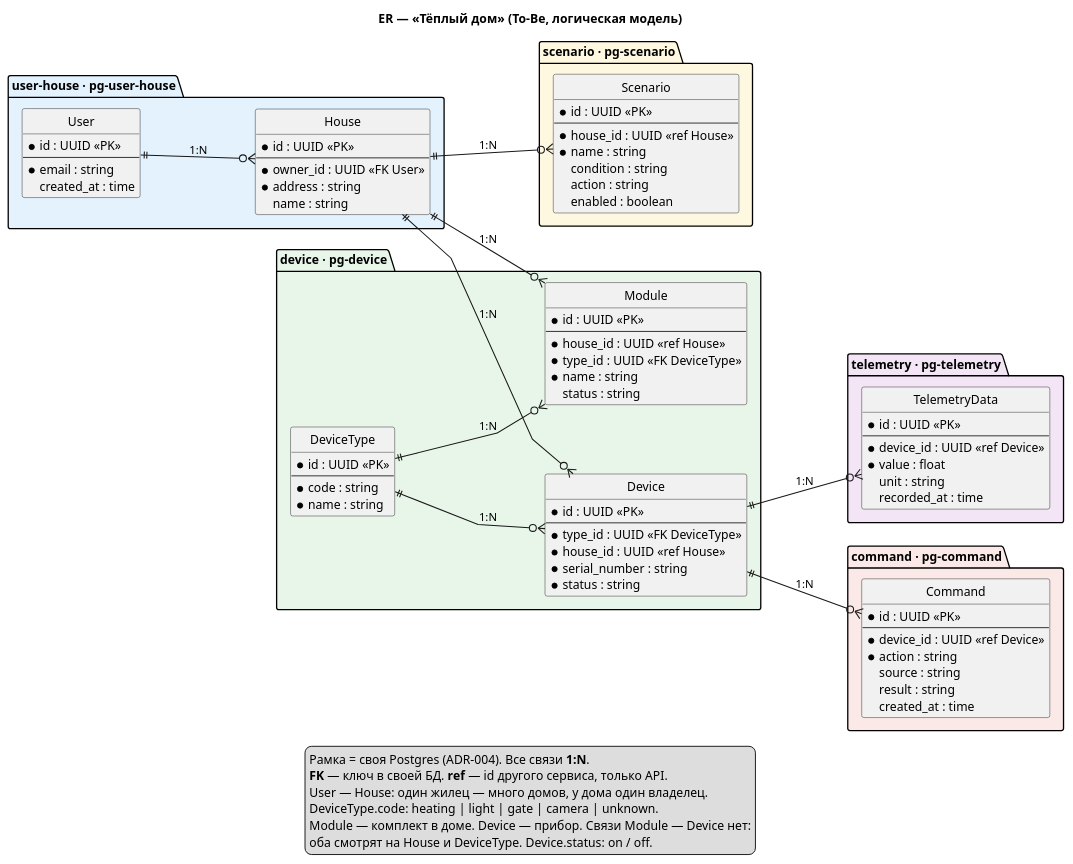
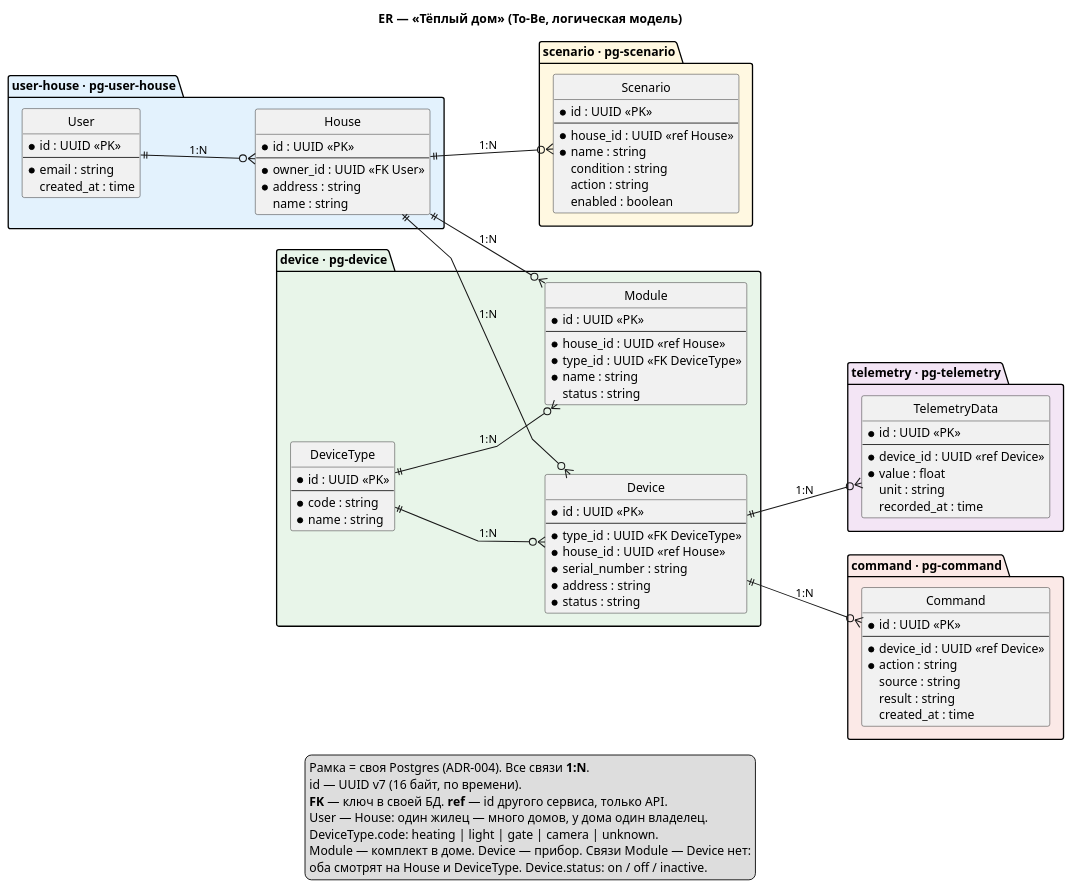
One commit to Dima-Karpov/architecture-pro-warmhouse changed the diagram in docs/c4/03-er-to-be.puml. Above: the diagram before and after it, drawn with PlantUML. The commit also changed 20 other files, not shown here.

```diff
--- a/docs/c4/03-er-to-be.puml
+++ b/docs/c4/03-er-to-be.puml
@@ -1,112 +1,114 @@
 @startuml
 title ER — «Тёплый дом» (To-Be, логическая модель)
 
 left to right direction
 hide circle
 skinparam linetype polyline
 skinparam nodesep 80
 skinparam ranksep 110
 skinparam packagePadding 22
 skinparam shadowing false
 skinparam ArrowThickness 1.2
 
 package "user-house · pg-user-house" #E3F2FD {
   entity "User" as User {
     * id : UUID <<PK>>
     --
     * email : string
     created_at : time
   }
 
   entity "House" as House {
     * id : UUID <<PK>>
     --
     * owner_id : UUID <<FK User>>
     * address : string
     name : string
   }
 
   User ||--o{ House : 1:N
 }
 
 package "device · pg-device" #E8F5E9 {
   entity "DeviceType" as DeviceType {
     * id : UUID <<PK>>
     --
     * code : string
     * name : string
   }
 
   entity "Module" as Module {
     * id : UUID <<PK>>
     --
     * house_id : UUID <<ref House>>
     * type_id : UUID <<FK DeviceType>>
     * name : string
     status : string
   }
 
   entity "Device" as Device {
     * id : UUID <<PK>>
     --
     * type_id : UUID <<FK DeviceType>>
     * house_id : UUID <<ref House>>
     * serial_number : string
+    * address : string
     * status : string
   }
 
   DeviceType ||--o{ Module : 1:N
   DeviceType ||--o{ Device : 1:N
 }
 
 package "scenario · pg-scenario" #FFF8E1 {
   entity "Scenario" as Scenario {
     * id : UUID <<PK>>
     --
     * house_id : UUID <<ref House>>
     * name : string
     condition : string
     action : string
     enabled : boolean
   }
 }
 
 package "telemetry · pg-telemetry" #F3E5F5 {
   entity "TelemetryData" as TelemetryData {
     * id : UUID <<PK>>
     --
     * device_id : UUID <<ref Device>>
     * value : float
     unit : string
     recorded_at : time
   }
 }
 
 package "command · pg-command" #FBE9E7 {
   entity "Command" as Command {
     * id : UUID <<PK>>
     --
     * device_id : UUID <<ref Device>>
     * action : string
     source : string
     result : string
     created_at : time
   }
 }
 
 House ||--o{ Module : 1:N
 House ||--o{ Device : 1:N
 House ||--o{ Scenario : 1:N
 Device ||--o{ TelemetryData : 1:N
 Device ||--o{ Command : 1:N
 
 legend bottom
   Рамка = своя Postgres (ADR-004). Все связи **1:N**.
+  id — UUID v7 (16 байт, по времени).
   **FK** — ключ в своей БД. **ref** — id другого сервиса, только API.
   User — House: один жилец — много домов, у дома один владелец.
   DeviceType.code: heating | light | gate | camera | unknown.
   Module — комплект в доме. Device — прибор. Связи Module — Device нет:
-  оба смотрят на House и DeviceType. Device.status: on / off.
+  оба смотрят на House и DeviceType. Device.status: on / off / inactive.
 end legend
 
 @enduml
```
